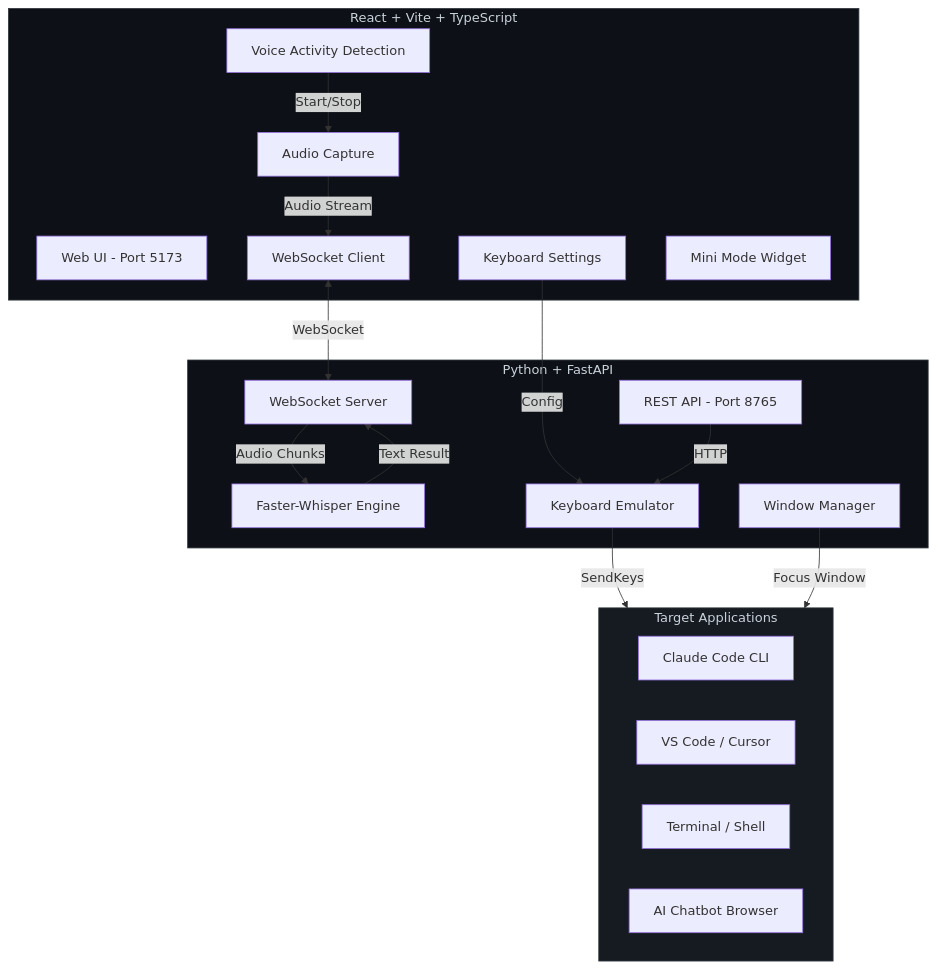
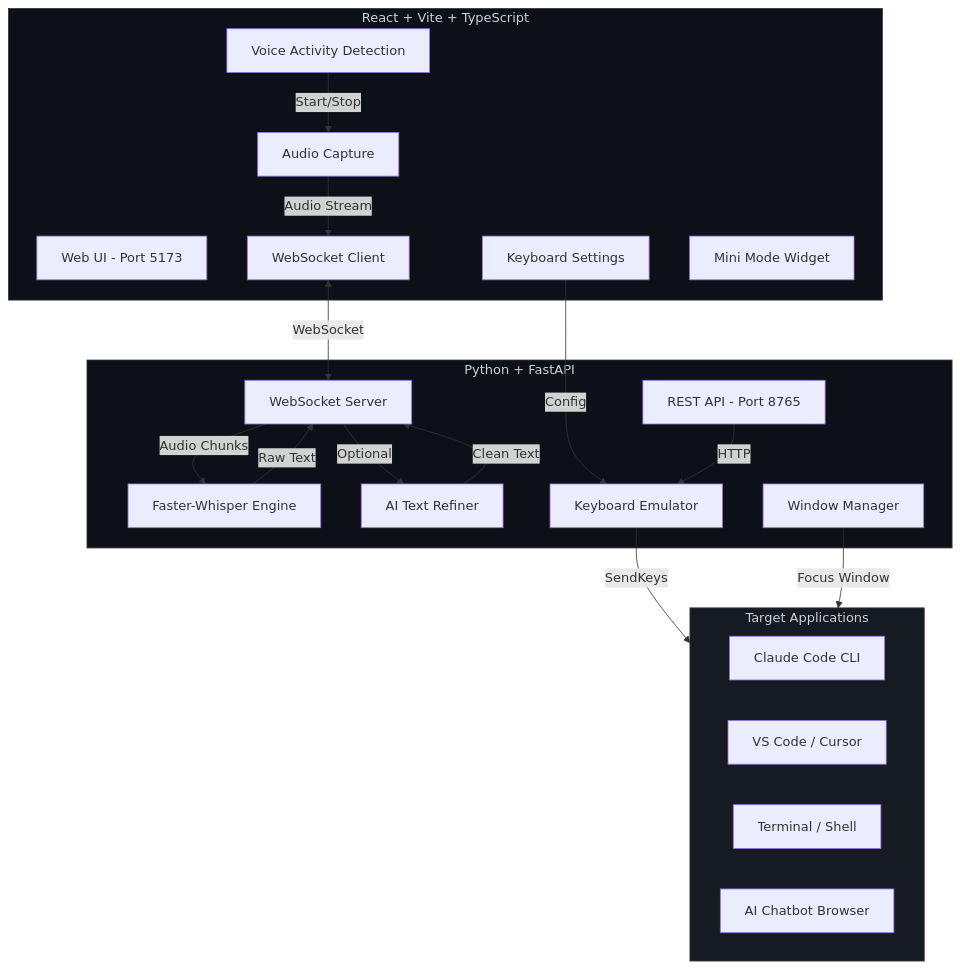
Before and after one commit to BACON-AI-CLOUD/bacon-ai-speech-to-text: the second of 5 diagrams in README.md, drawn with Mermaid. The commit also changed other lines of this file, not shown here.

First line of the commit message:
docs: update README for v1.1 AI Text Refiner and vibe coding workflow

````diff
--- a/README.md
+++ b/README.md
@@ -133,40 +159,43 @@
 ```mermaid
 graph TB
     subgraph Frontend["React + Vite + TypeScript"]
         UI[Web UI - Port 5173]
         AC[Audio Capture]
         WS_C[WebSocket Client]
         VAD[Voice Activity Detection]
         KB_UI[Keyboard Settings]
         MINI[Mini Mode Widget]
     end
 
     subgraph Backend["Python + FastAPI"]
         API[REST API - Port 8765]
         WS_S[WebSocket Server]
         STT[Faster-Whisper Engine]
+        REF[AI Text Refiner]
         KB[Keyboard Emulator]
         WIN[Window Manager]
     end
 
     subgraph External["Target Applications"]
         CLAUDE[Claude Code CLI]
         VSCODE[VS Code / Cursor]
         TERM[Terminal / Shell]
         CHAT[AI Chatbot Browser]
     end
 
     AC -->|Audio Stream| WS_C
     WS_C <-->|WebSocket| WS_S
     WS_S -->|Audio Chunks| STT
-    STT -->|Text Result| WS_S
+    STT -->|Raw Text| WS_S
+    WS_S -->|Optional| REF
+    REF -->|Clean Text| WS_S
     VAD -->|Start/Stop| AC
     KB_UI -->|Config| KB
     API -->|HTTP| KB
     KB -->|SendKeys| External
     WIN -->|Focus Window| External
 
     style Frontend fill:#0d1117,stroke:#30363d,color:#c9d1d9
     style Backend fill:#0d1117,stroke:#30363d,color:#c9d1d9
     style External fill:#161b22,stroke:#30363d,color:#c9d1d9
 ```
````
